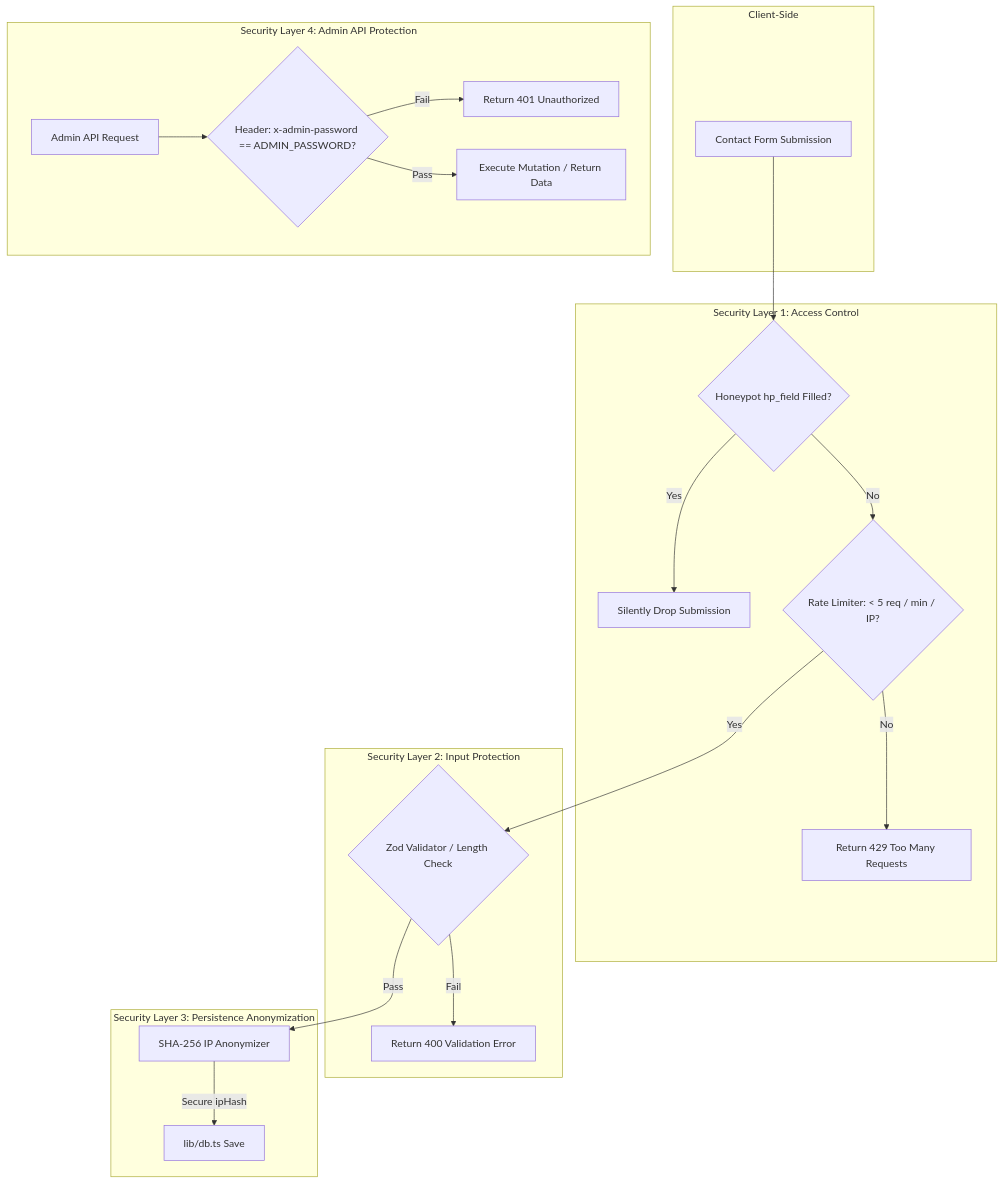
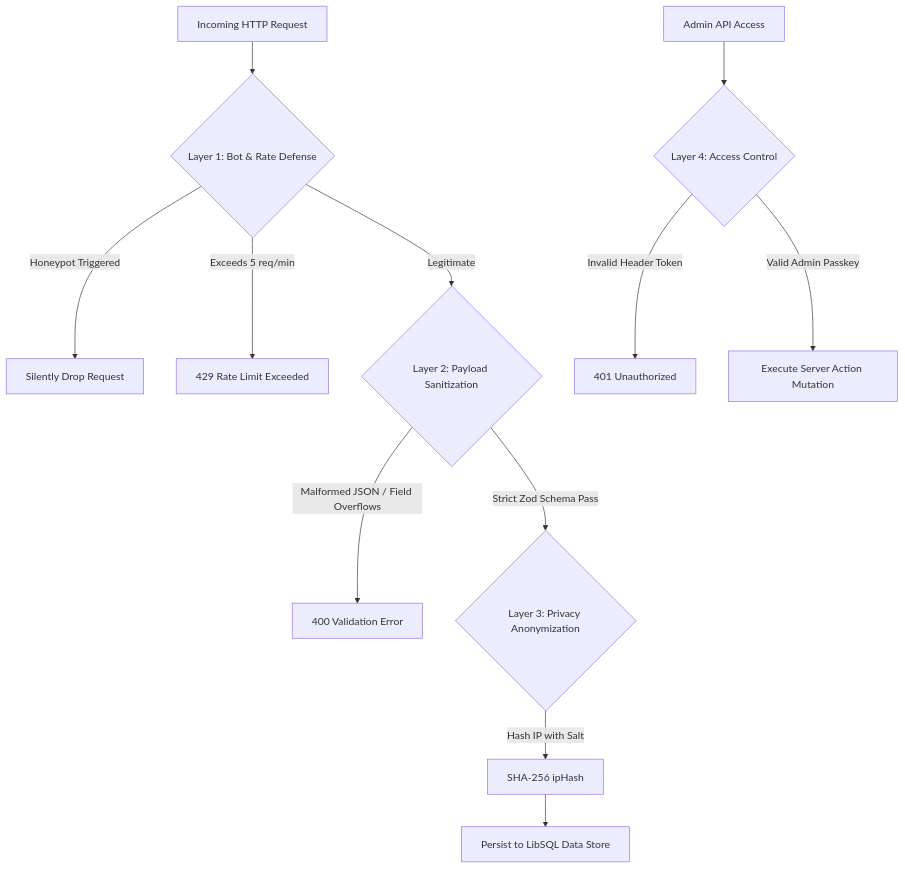
Before and after one commit to sgk18/SGK18_Portfolio: the fourth of 4 diagrams in README.md, drawn with Mermaid. The commit also changed other lines of this file and 2 other files, not shown here.

Commit message:
docs: redesign README with beautify skill, project-native SVG hero, and module diagrams

````diff
--- a/README.md
+++ b/README.md
@@ -427,30 +297,17 @@
 ```mermaid
 flowchart TD
-    subgraph Client-Side
-        Form[Contact Form Submission]
-    end
-
-    subgraph Security Layer 1: Access Control
-        Honeypot{Honeypot hp_field Filled?} -->|Yes| BotTrap[Silently Drop Submission]
-        Honeypot -->|No| RateLimiter{Rate Limiter: < 5 req / min / IP?}
-        RateLimiter -->|No| Error429[Return 429 Too Many Requests]
-    end
-
-    subgraph Security Layer 2: Input Protection
-        RateLimiter -->|Yes| InputValidator{Zod Validator / Length Check}
-        InputValidator -->|Fail| Error400[Return 400 Validation Error]
-    end
-
-    subgraph Security Layer 3: Persistence Anonymization
-        InputValidator -->|Pass| Anonymizer[SHA-256 IP Anonymizer]
-        Anonymizer -->|Secure ipHash| DataWriter[lib/db.ts Save]
-    end
-
-    subgraph Security Layer 4: Admin API Protection
-        Request[Admin API Request] --> AuthCheck{Header: x-admin-password == ADMIN_PASSWORD?}
-        AuthCheck -->|Fail| Error401[Return 401 Unauthorized]
-        AuthCheck -->|Pass| Action[Execute Mutation / Return Data]
-    end
-
-    Form --> Honeypot
+    Request[Incoming HTTP Request] --> L1{Layer 1: Bot & Rate Defense}
+    L1 -->|Honeypot Triggered| Drop[Silently Drop Request]
+    L1 -->|Exceeds 5 req/min| Err429[429 Rate Limit Exceeded]
+    L1 -->|Legitimate| L2{Layer 2: Payload Sanitization}
+    
+    L2 -->|Malformed JSON / Field Overflows| Err400[400 Validation Error]
+    L2 -->|Strict Zod Schema Pass| L3{Layer 3: Privacy Anonymization}
+    
+    L3 -->|Hash IP with Salt| Hash[SHA-256 ipHash]
+    Hash --> Save[Persist to LibSQL Data Store]
+    
+    AdminReq[Admin API Access] --> L4{Layer 4: Access Control}
+    L4 -->|Invalid Header Token| Err401[401 Unauthorized]
+    L4 -->|Valid Admin Passkey| Execute[Execute Server Action Mutation]
 ```
````
